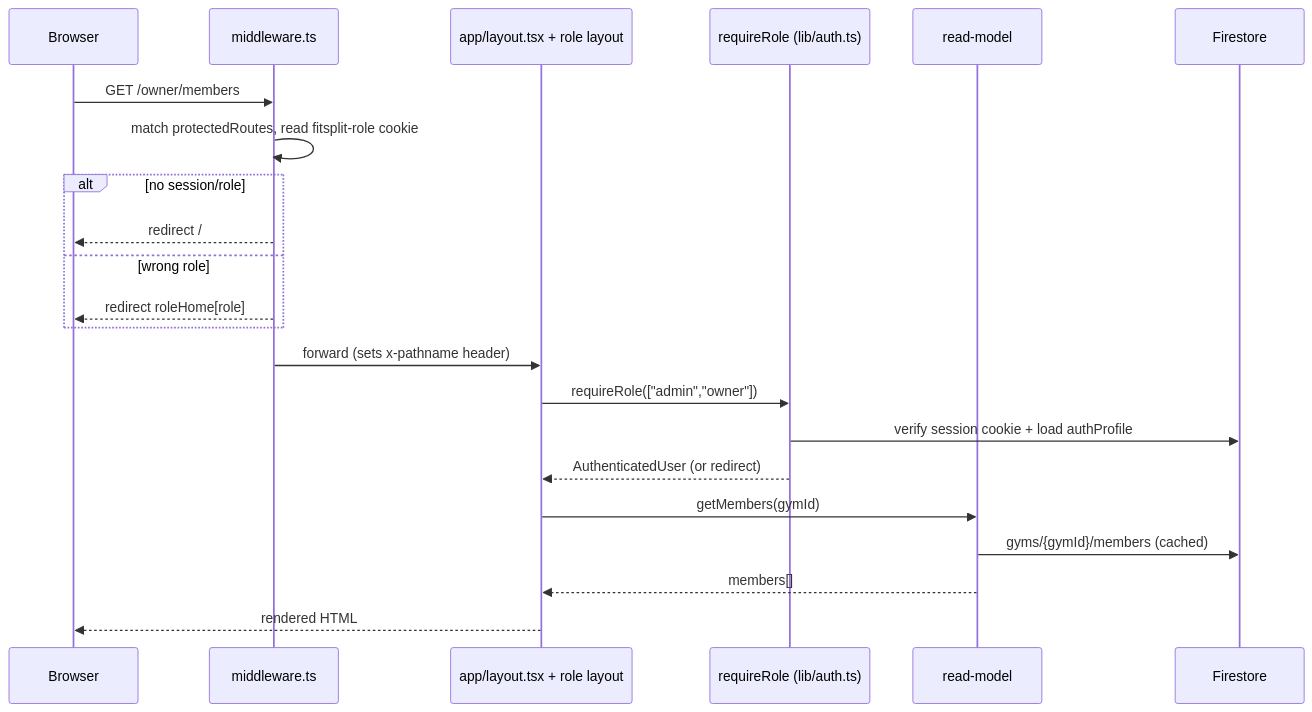
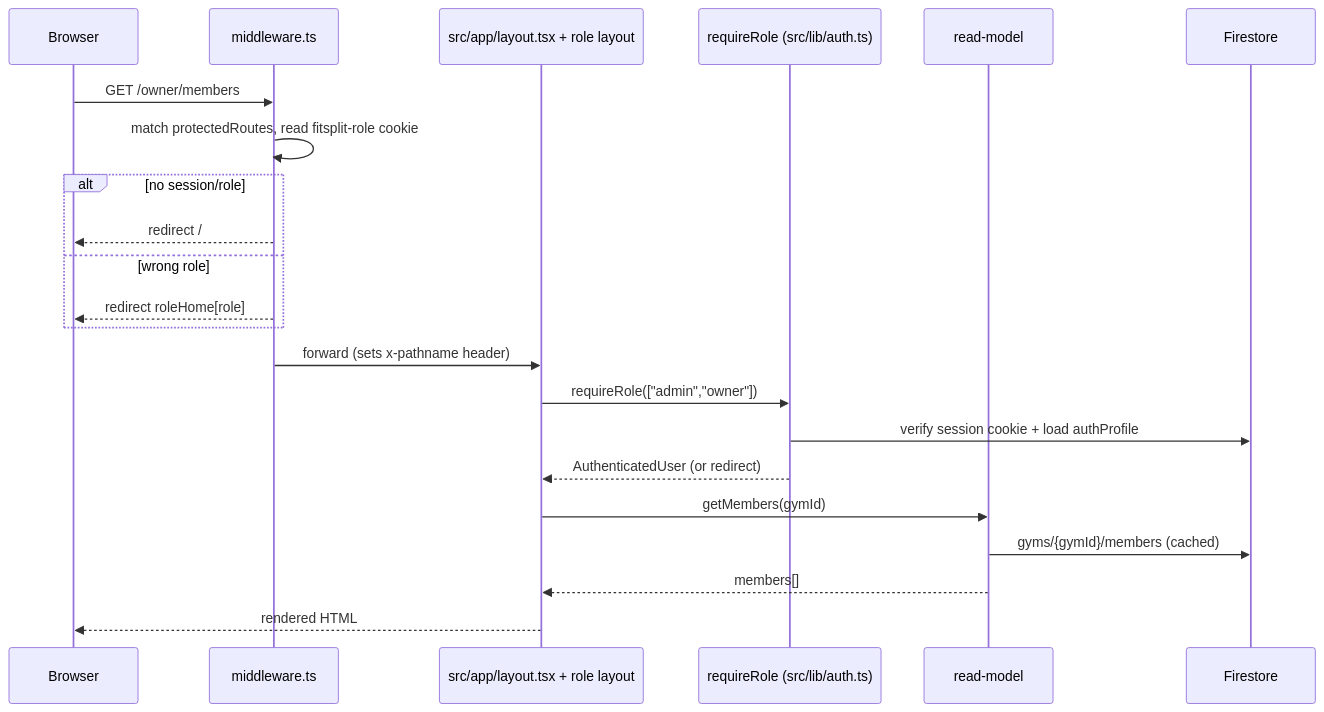
One commit to mehulchirania/FitSplit changed the second of 2 diagrams in docs/01_ARCHITECTURE.md. Above: the diagram before and after it, drawn with Mermaid. The commit also changed other lines of this file and 388 other files, not shown here.

````diff
--- a/docs/01_ARCHITECTURE.md
+++ b/docs/01_ARCHITECTURE.md
@@ -75,24 +75,24 @@
 ```mermaid
 sequenceDiagram
   participant B as Browser
   participant MW as middleware.ts
-  participant L as app/layout.tsx + role layout
-  participant G as requireRole (lib/auth.ts)
+  participant L as src/app/layout.tsx + role layout
+  participant G as requireRole (src/lib/auth.ts)
   participant RM as read-model
   participant FS as Firestore
   B->>MW: GET /owner/members
   MW->>MW: match protectedRoutes, read fitsplit-role cookie
   alt no session/role
     MW-->>B: redirect /
   else wrong role
     MW-->>B: redirect roleHome[role]
   end
   MW->>L: forward (sets x-pathname header)
   L->>G: requireRole(["admin","owner"])
   G->>FS: verify session cookie + load authProfile
   G-->>L: AuthenticatedUser (or redirect)
   L->>RM: getMembers(gymId)
   RM->>FS: gyms/{gymId}/members (cached)
   RM-->>L: members[]
   L-->>B: rendered HTML
 ```
````
